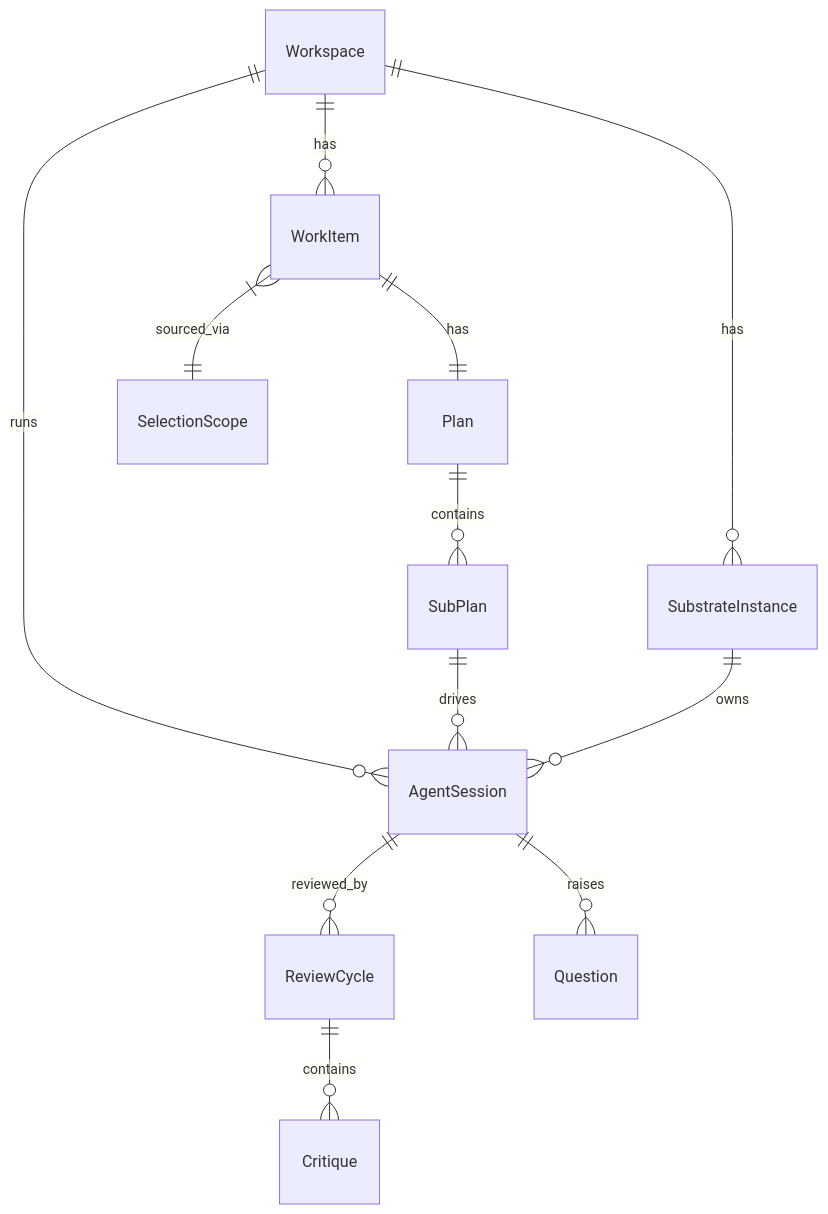
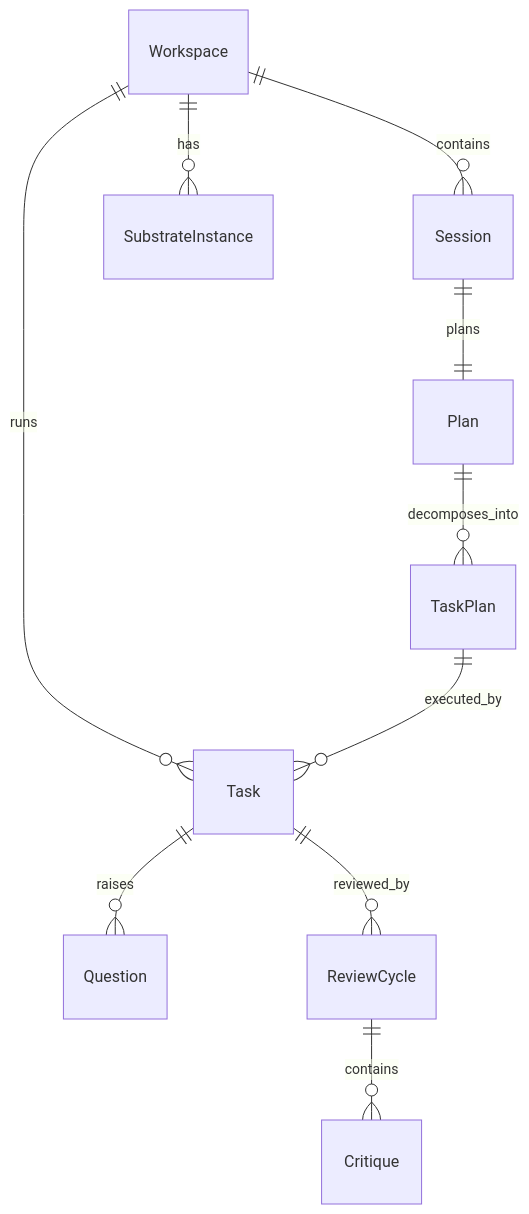
One commit to beeemT/substrate changed the third of 3 diagrams in docs/01-domain-model.md. Above: the diagram before and after it, drawn with Mermaid. The commit also changed other lines of this file and 11 other files, not shown here.

Commit message:
feat(docs): consolidate existing docs, update to current state and plan out live agent session output

````diff
--- a/docs/01-domain-model.md
+++ b/docs/01-domain-model.md
@@ -449,14 +415,12 @@
 ```mermaid
 erDiagram
-    Workspace ||--o{ WorkItem : has
-    WorkItem ||--|| Plan : has
-    WorkItem }|--|| SelectionScope : sourced_via
-    Plan ||--o{ SubPlan : contains
-    Workspace ||--o{ AgentSession : runs
-	SubPlan ||--o{ AgentSession : drives
-    AgentSession ||--o{ ReviewCycle : reviewed_by
+    Workspace ||--o{ Session : contains
+    Session ||--|| Plan : plans
+    Plan ||--o{ TaskPlan : decomposes_into
+    Workspace ||--o{ Task : runs
+    TaskPlan ||--o{ Task : executed_by
+    Task ||--o{ Question : raises
+    Task ||--o{ ReviewCycle : reviewed_by
     ReviewCycle ||--o{ Critique : contains
-    AgentSession ||--o{ Question : raises
     Workspace ||--o{ SubstrateInstance : has
-    SubstrateInstance ||--o{ AgentSession : owns
 ```
````
